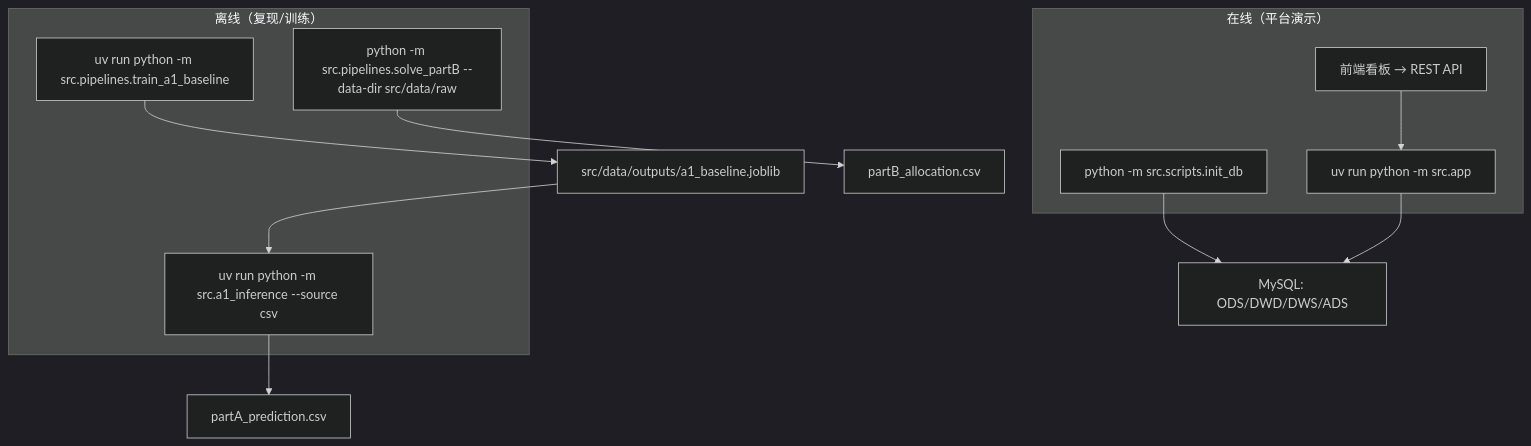
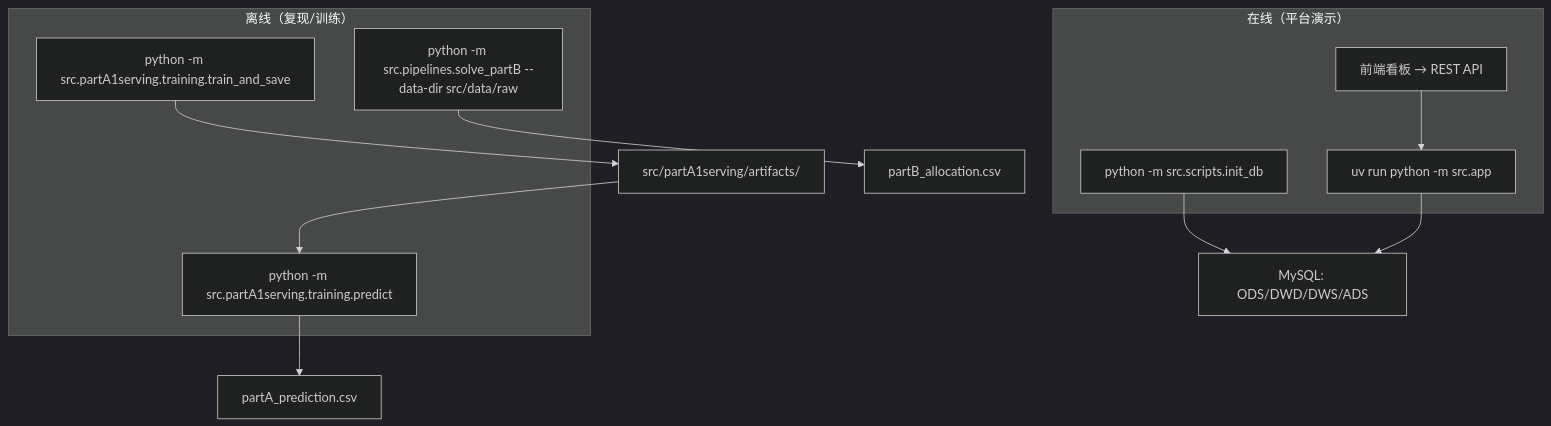
The fourth of 4 diagrams in src/docs/architecture.md (cpyh/touchCIB), drawn with Mermaid (dark theme) before and after one commit. The commit also changed other lines of this file and 110 other files, not shown here.

````diff
--- a/src/docs/architecture.md
+++ b/src/docs/architecture.md
@@ -197,20 +193,20 @@
 ```mermaid
 flowchart TB
     subgraph OFFLINE["离线（复现/训练）"]
-        T1["uv run python -m src.pipelines.train_a1_baseline"]
-        T2["uv run python -m src.a1_inference --source csv"]
+        T1["python -m src.partA1serving.training.train_and_save"]
+        T2["python -m src.partA1serving.training.predict"]
         T3["python -m src.pipelines.solve_partB --data-dir src/data/raw"]
     end
     subgraph ONLINE["在线（平台演示）"]
         T4["python -m src.scripts.init_db"]
         T5["uv run python -m src.app"]
         T6["前端看板 → REST API"]
     end
-    T1 --> M["src/data/outputs/a1_baseline.joblib"]
+    T1 --> M["src/partA1serving/artifacts/"]
     M --> T2
     T2 --> SUB["partA_prediction.csv"]
     T3 --> SUBB["partB_allocation.csv"]
     T4 --> DB["MySQL: ODS/DWD/DWS/ADS"]
     T5 --> DB
     T6 --> T5
 ```
````
